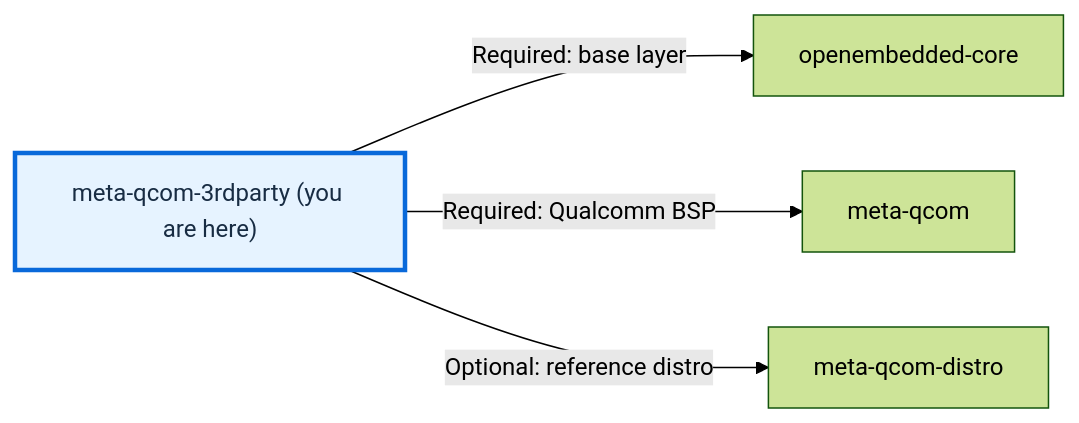
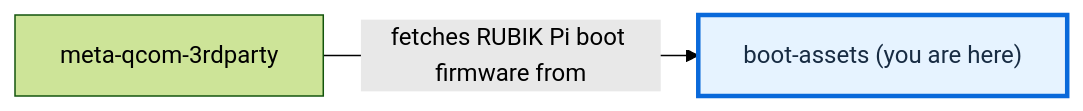
Before and after one commit to devdocsorg/qli2-example-repo: the diagram in README.md, drawn with Mermaid (forest theme). The commit also changed other lines of this file and 4 other files, not shown here.

````diff
--- a/README.md
+++ b/README.md
@@ -74,15 +74,9 @@
 ```mermaid
 flowchart LR
-    here["meta-qcom-3rdparty (you are here)"]
-    core["openembedded-core"]
-    bsp["meta-qcom"]
-    distro["meta-qcom-distro"]
-    here -->|"Required: base layer"| core
-    here -->|"Required: Qualcomm BSP"| bsp
-    here -->|"Optional: reference distro"| distro
-    click here href "https://github.com/qualcomm-linux/meta-qcom-3rdparty" _blank
-    click core href "https://github.com/openembedded/openembedded-core" _blank
-    click bsp href "https://github.com/qualcomm-linux/meta-qcom" _blank
-    click distro href "https://github.com/qualcomm-linux/meta-qcom-distro" _blank
-    style here fill:#e6f3ff,stroke:#0969da,stroke-width:3px,color:#182c43
+    r0["boot-assets (you are here)"]
+    click r0 href "https://github.com/rubikpi-ai/boot-assets" _blank
+    r1["meta-qcom-3rdparty"]
+    click r1 href "https://github.com/qualcomm-linux/meta-qcom-3rdparty" _blank
+    r1 -->|"fetches RUBIK Pi boot firmware from"| r0
+    style r0 fill:#e6f3ff,stroke:#0969da,stroke-width:3px,color:#182c43
 ```
````
